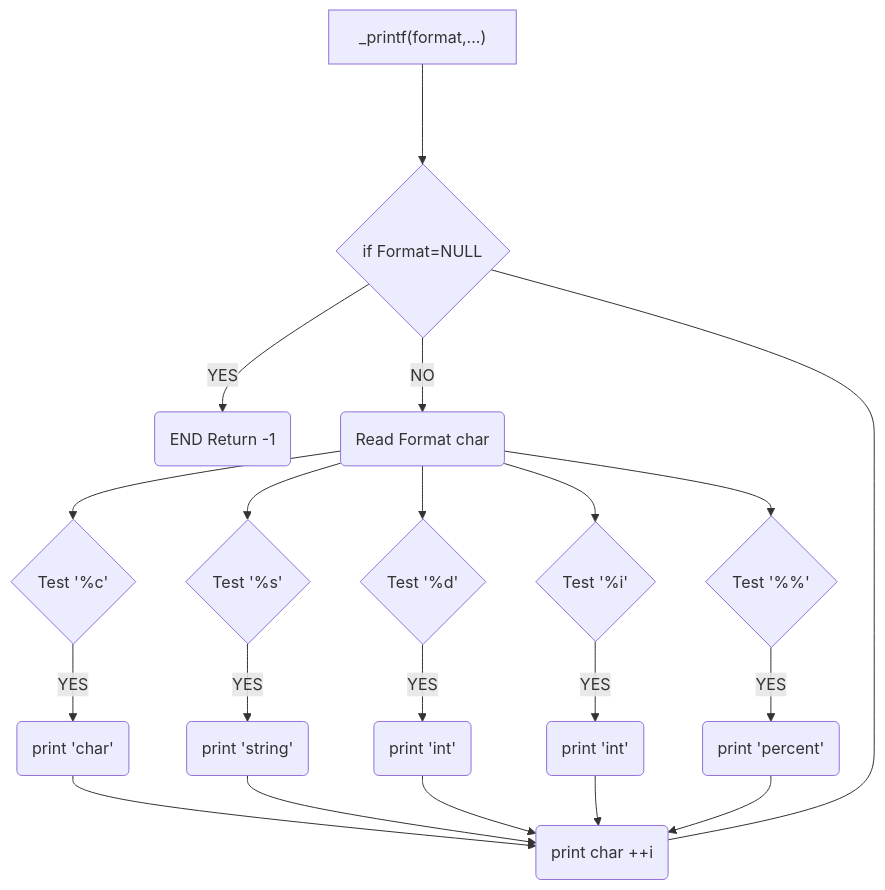
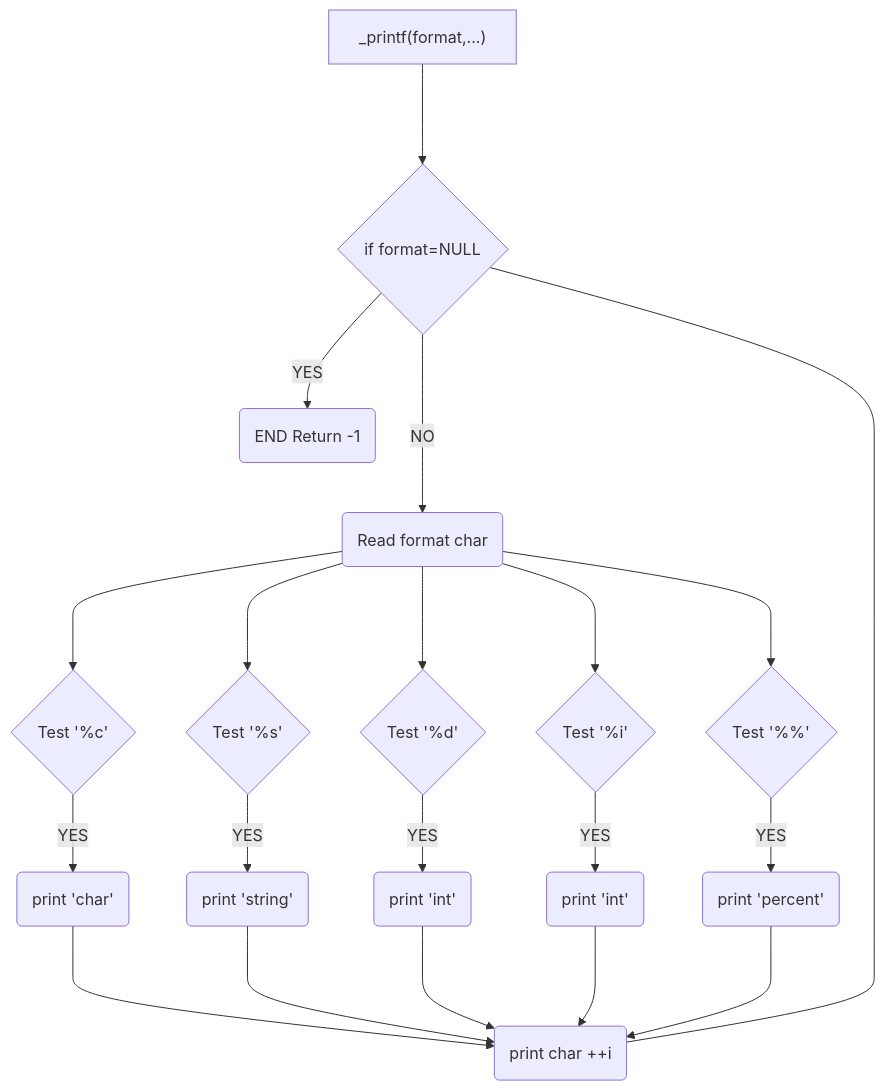
Before and after one commit to Genia888/holbertonschool-printf: the diagram in README.md, drawn with Mermaid.

Commit message:
readme update

````diff
--- a/README.md
+++ b/README.md
@@ -76,18 +76,19 @@
 ```mermaid
 flowchart TD
-    A["_printf(format,...)"] --->B{"if  Format=NULL"}
+    A["_printf(format,...)"] 
+    A--->B{"if format=NULL"}
     B -- YES --> I("END Return -1")
-    B -- NO --> C("Read Format char")
-    C --> D{Test '%c'}
-    C --> E{Test '%s' }
-    C --> F{Test '%d'}
-    C --> J{Test '%i'}
-    C --> K{Test '%%'}
+    B -- NO ---> C("Read format char")
+    C ---> D{Test '%c'}
+    C ---> E{Test '%s' }
+    C ---> F{Test '%d'}
+    C ---> J{Test '%i'}
+    C ---> K{Test '%%'}
     D -- YES --> 1(print 'char')
     E -- YES --> 2(print 'string')
     F -- YES --> 3(print 'int')
     J -- YES --> 4(print 'int')
     K -- YES --> 5(print 'percent')
-    1 & 2 & 3 & 4 & 5 --> M(print char ++i)
+    1 & 2 & 3 & 4 & 5 ---> M(print char ++i)
     B---M
 ```
````
